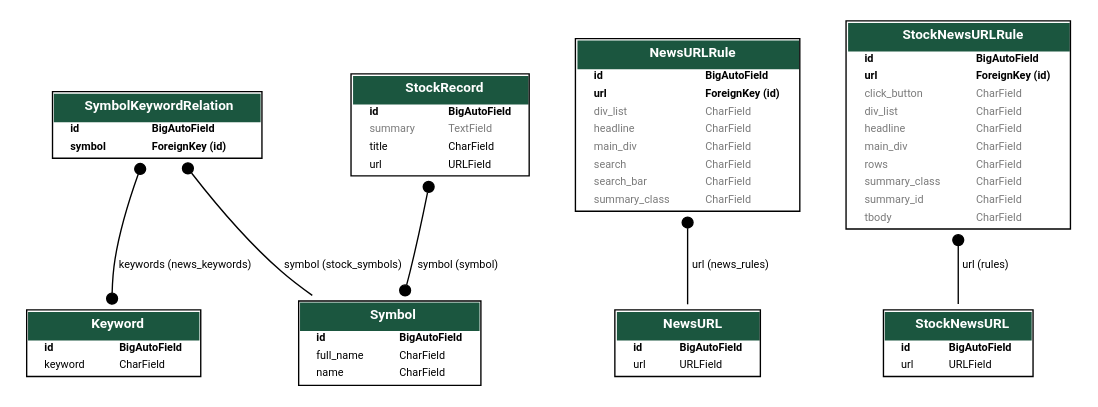
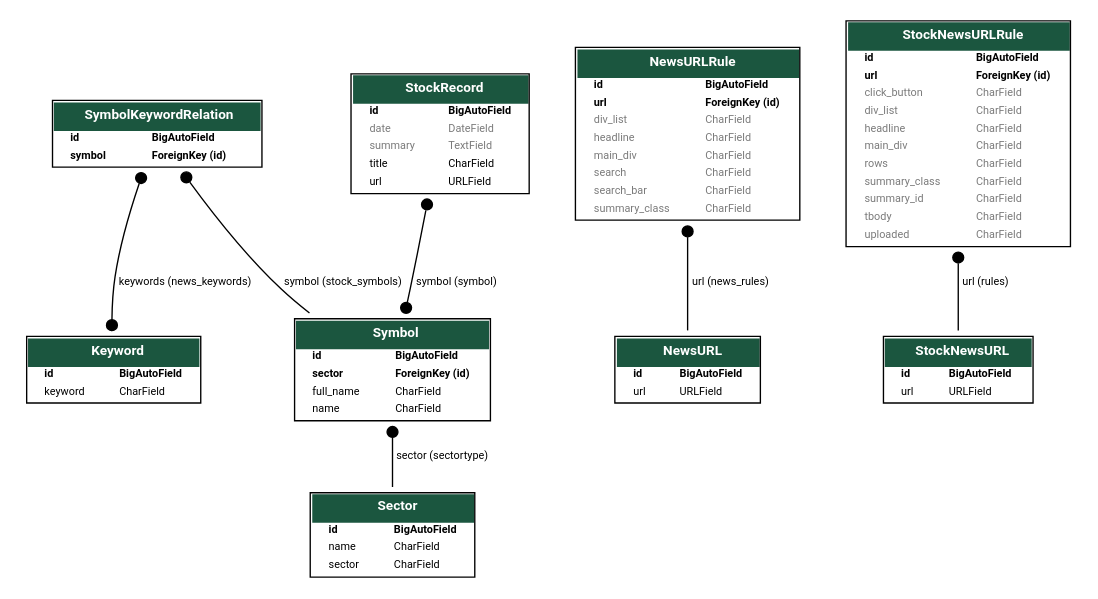
Before and after one commit to NeesaPandeyy/webscraping: the diagram in model.dot, drawn with Graphviz. The commit also changed 23 other files, not shown here.

```diff
--- a/model.dot
+++ b/model.dot
@@ -1,6 +1,6 @@
 digraph model_graph {
   // Dotfile by Django-Extensions graph_models
-  // Created: 2025-04-06 16:22
+  // Created: 2025-04-22 13:29
   // Cli Options: dashboard
 
   fontname = "Roboto"
@@ -22,6 +22,40 @@
   // Labels
 
 
+  dashboard_models_Sector [label=<
+    <TABLE BGCOLOR="white" BORDER="1" CELLBORDER="0" CELLSPACING="0">
+    <TR><TD COLSPAN="2" CELLPADDING="5" ALIGN="CENTER" BGCOLOR="#1b563f">
+    <FONT FACE="Roboto" COLOR="white" POINT-SIZE="10"><B>
+    Sector
+    </B></FONT></TD></TR>
+  
+  
+    <TR><TD ALIGN="LEFT" BORDER="0">
+    <FONT FACE="Roboto"><B>id</B></FONT>
+    </TD><TD ALIGN="LEFT">
+    <FONT FACE="Roboto"><B>BigAutoField</B></FONT>
+    </TD></TR>
+  
+  
+  
+    <TR><TD ALIGN="LEFT" BORDER="0">
+    <FONT FACE="Roboto">name</FONT>
+    </TD><TD ALIGN="LEFT">
+    <FONT FACE="Roboto">CharField</FONT>
+    </TD></TR>
+  
+  
+  
+    <TR><TD ALIGN="LEFT" BORDER="0">
+    <FONT FACE="Roboto">sector</FONT>
+    </TD><TD ALIGN="LEFT">
+    <FONT FACE="Roboto">CharField</FONT>
+    </TD></TR>
+  
+  
+    </TABLE>
+    >]
+
   dashboard_models_Symbol [label=<
     <TABLE BGCOLOR="white" BORDER="1" CELLBORDER="0" CELLSPACING="0">
     <TR><TD COLSPAN="2" CELLPADDING="5" ALIGN="CENTER" BGCOLOR="#1b563f">
@@ -34,6 +68,14 @@
     <FONT FACE="Roboto"><B>id</B></FONT>
     </TD><TD ALIGN="LEFT">
     <FONT FACE="Roboto"><B>BigAutoField</B></FONT>
+    </TD></TR>
+  
+  
+  
+    <TR><TD ALIGN="LEFT" BORDER="0">
+    <FONT FACE="Roboto"><B>sector</B></FONT>
+    </TD><TD ALIGN="LEFT">
+    <FONT FACE="Roboto"><B>ForeignKey (id)</B></FONT>
     </TD></TR>
   
   
@@ -321,6 +363,14 @@
     </TD></TR>
   
   
+  
+    <TR><TD ALIGN="LEFT" BORDER="0">
+    <FONT COLOR="#7B7B7B" FACE="Roboto">uploaded</FONT>
+    </TD><TD ALIGN="LEFT">
+    <FONT COLOR="#7B7B7B" FACE="Roboto">CharField</FONT>
+    </TD></TR>
+  
+  
     </TABLE>
     >]
 
@@ -336,6 +386,14 @@
     <FONT FACE="Roboto"><B>id</B></FONT>
     </TD><TD ALIGN="LEFT">
     <FONT FACE="Roboto"><B>BigAutoField</B></FONT>
+    </TD></TR>
+  
+  
+  
+    <TR><TD ALIGN="LEFT" BORDER="0">
+    <FONT COLOR="#7B7B7B" FACE="Roboto">date</FONT>
+    </TD><TD ALIGN="LEFT">
+    <FONT COLOR="#7B7B7B" FACE="Roboto">DateField</FONT>
     </TD></TR>
   
   
@@ -371,6 +429,9 @@
 
   // Relations
 
+  dashboard_models_Symbol -> dashboard_models_Sector
+  [label=" sector (sectortype)"] [arrowhead=none, arrowtail=dot, dir=both];
+
   dashboard_models_NewsURLRule -> dashboard_models_NewsURL
   [label=" url (news_rules)"] [arrowhead=none, arrowtail=dot, dir=both];
 
```
